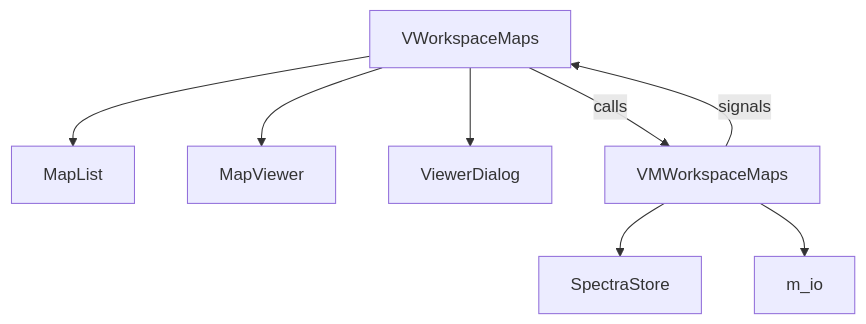
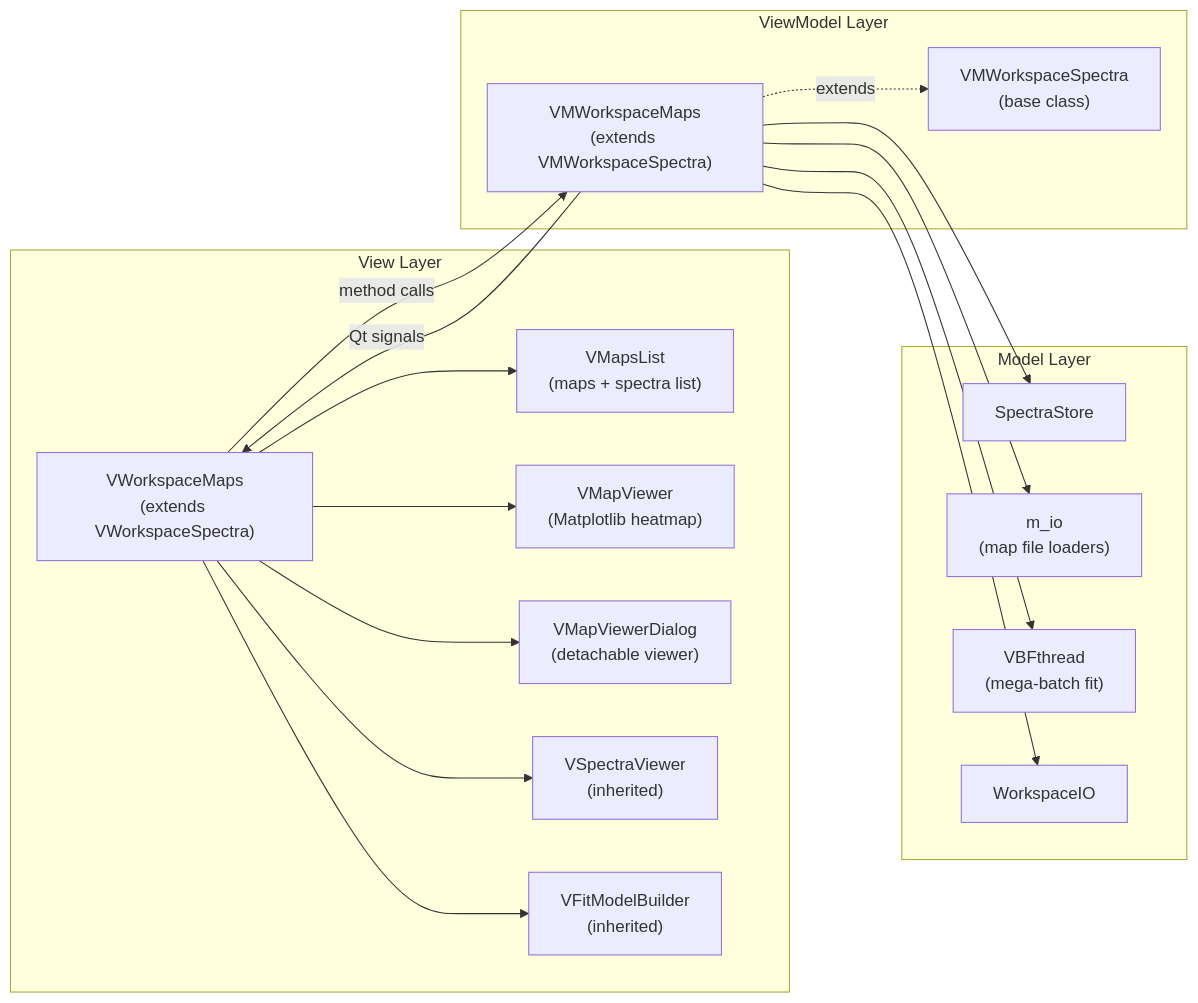
One commit to CEA-MetroCarac/SPECTROview changed the diagram in docs/developer/maps.md. Above: the diagram before and after it, drawn with Mermaid. The commit also changed other lines of this file and 9 other files, not shown here.

````diff
--- a/docs/developer/maps.md
+++ b/docs/developer/maps.md
@@ -8,12 +48,30 @@
 ```mermaid
-graph TD
-    VWM["VWorkspaceMaps"] --> ML["MapList"]
-    VWM --> MV["MapViewer"]
-    VWM --> MVD["ViewerDialog"]
+graph LR
+    subgraph View ["View Layer"]
+        VWM["VWorkspaceMaps<br/>(extends VWorkspaceSpectra)"]
+        ML["VMapsList<br/>(maps + spectra list)"]
+        MV["VMapViewer<br/>(Matplotlib heatmap)"]
+        MVD["VMapViewerDialog<br/>(detachable viewer)"]
+        SV_inh["VSpectraViewer<br/>(inherited)"]
+        FMB_inh["VFitModelBuilder<br/>(inherited)"]
+    end
 
-    VWM -->|"calls"| VMWM["VMWorkspaceMaps"]
-    VMWM -->|"signals"| VWM
+    subgraph VM ["ViewModel Layer"]
+        VMWM["VMWorkspaceMaps<br/>(extends VMWorkspaceSpectra)"]
+        VMWS_inh["VMWorkspaceSpectra<br/>(base class)"]
+    end
 
-    VMWM --> MSS["SpectraStore"]
-    VMWM --> IO["m_io"]
+    subgraph Model ["Model Layer"]
+        SS["SpectraStore"]
+        IO["m_io<br/>(map file loaders)"]
+        VBF["VBFthread<br/>(mega-batch fit)"]
+        WIO["WorkspaceIO"]
+    end
+
+    VWM --> ML & MV & MVD
+    VWM --> SV_inh & FMB_inh
+    VWM -->|"method calls"| VMWM
+    VMWM -.->|"extends"| VMWS_inh
+    VMWM -->|"Qt signals"| VWM
+    VMWM --> SS & IO & VBF & WIO
 ```
````
